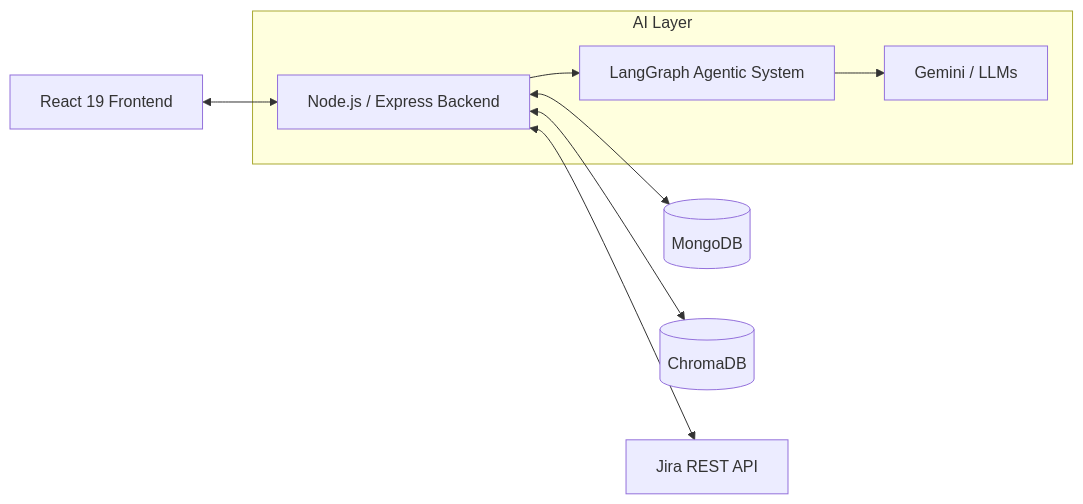
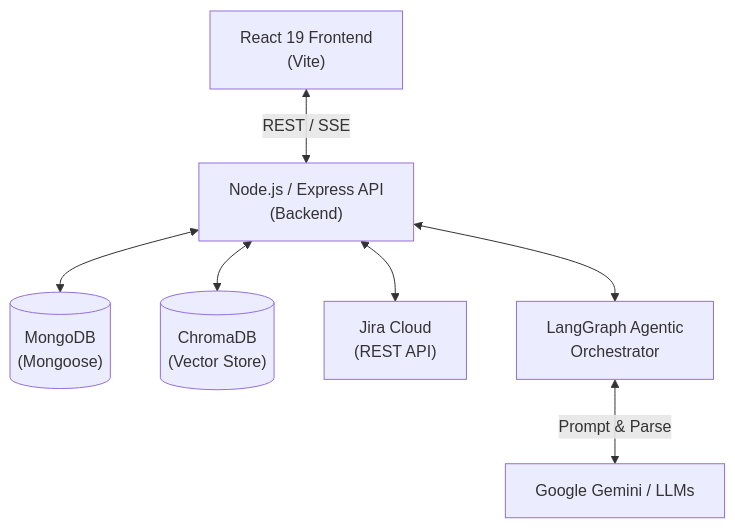
One commit to anudeepmuppalla1729/AI-Scrum-Assistant changed the first of 2 diagrams in README.md. Above: the diagram before and after it, drawn with Mermaid. The commit also changed other lines of this file, not shown here.

Commit message:
docs: overhaul README with improved architecture diagrams and comprehensive project overview

````diff
--- a/README.md
+++ b/README.md
@@ -27,12 +40,21 @@
 ```mermaid
-flowchart LR
-    Client[React 19 Frontend] <--> API[Node.js / Express Backend]
-    API <--> MongoDB[(MongoDB)]
-    API <--> Chroma[(ChromaDB)]
-    API <--> Jira[Jira REST API]
+graph TB
+    Client["React 19 Frontend\n(Vite)"]
     
-    subgraph AI Layer
-        API --> LangGraph[LangGraph Agentic System]
-        LangGraph --> LLM[Gemini / LLMs]
-    end
+    API["Node.js / Express API\n(Backend)"]
+    
+    MongoDB[("MongoDB\n(Mongoose)")]
+    
+    Chroma[("ChromaDB\n(Vector Store)")]
+    
+    Jira["Jira Cloud\n(REST API)"]
+
+    LangGraph["LangGraph Agentic\nOrchestrator"]
+
+    Client <-->|REST / SSE| API
+    API <--> MongoDB
+    API <--> Chroma
+    API <--> Jira
+    API <--> LangGraph
+    LangGraph <-->|Prompt & Parse| LLM["Google Gemini / LLMs"]
 ```
````
